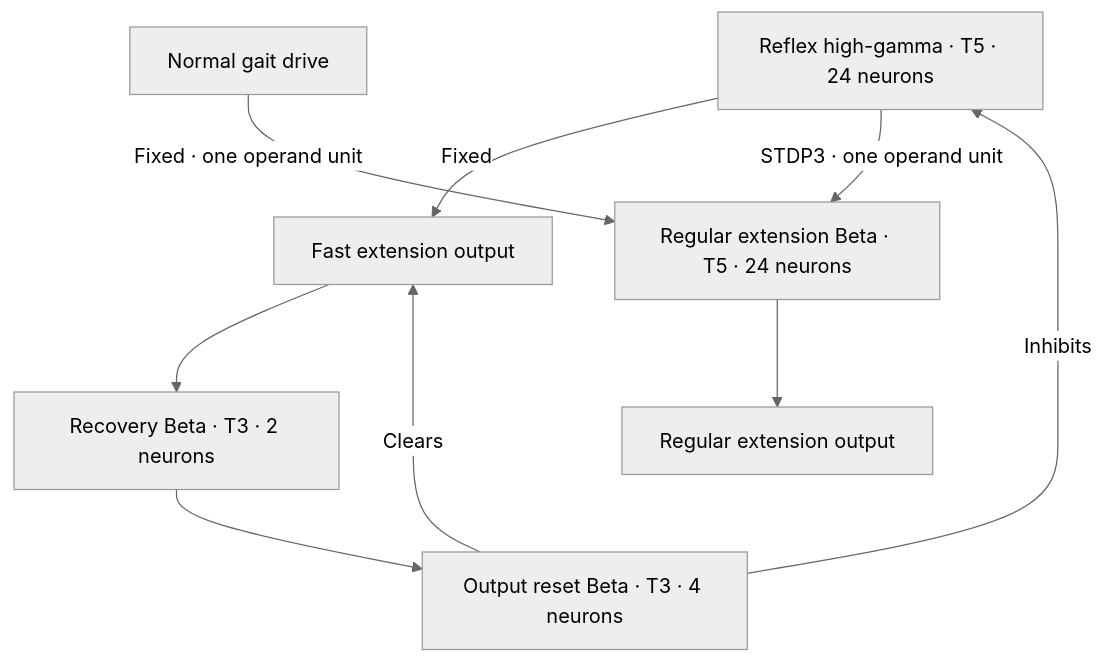
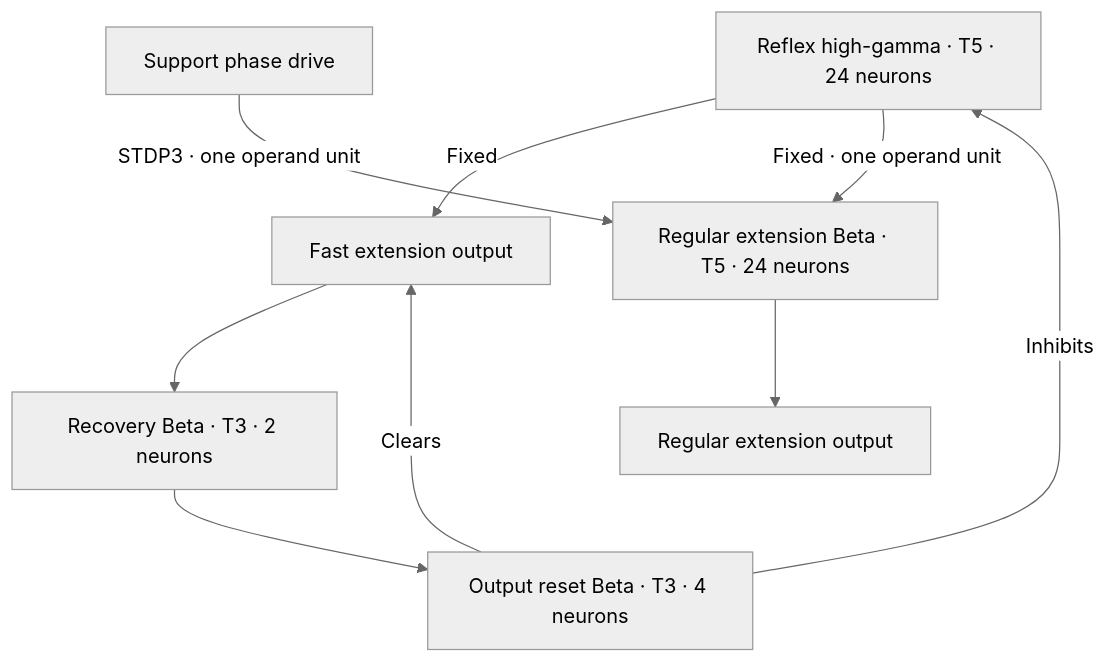
One commit to artificial-brains-inc/primalux-quadruped-walk-neural-loop changed the diagram in docs/REFLEX.md. Above: the diagram before and after it, drawn with Mermaid (neutral theme). The commit also changed other lines of this file and 14 other files, not shown here.

Commit message:
Keep reflex connections static and learn regular support recruitment

````diff
--- a/docs/REFLEX.md
+++ b/docs/REFLEX.md
@@ -6,11 +6,11 @@
 ```mermaid
 flowchart TD
   H["Reflex high-gamma · T5 · 24 neurons"] -->|Fixed| F["Fast extension output"]
-  H -->|STDP3 · one operand unit| B["Regular extension Beta · T5 · 24 neurons"]
-  G["Normal gait drive"] -->|Fixed · one operand unit| B
+  H -->|Fixed · one operand unit| B["Regular extension Beta · T5 · 24 neurons"]
+  G["Support phase drive"] -->|STDP3 · one operand unit| B
   B --> O["Regular extension output"]
   F --> C["Recovery Beta · T3 · 2 neurons"]
   C --> R["Output reset Beta · T3 · 4 neurons"]
   R -->|Inhibits| H
   R -->|Clears| F
 ```
````
